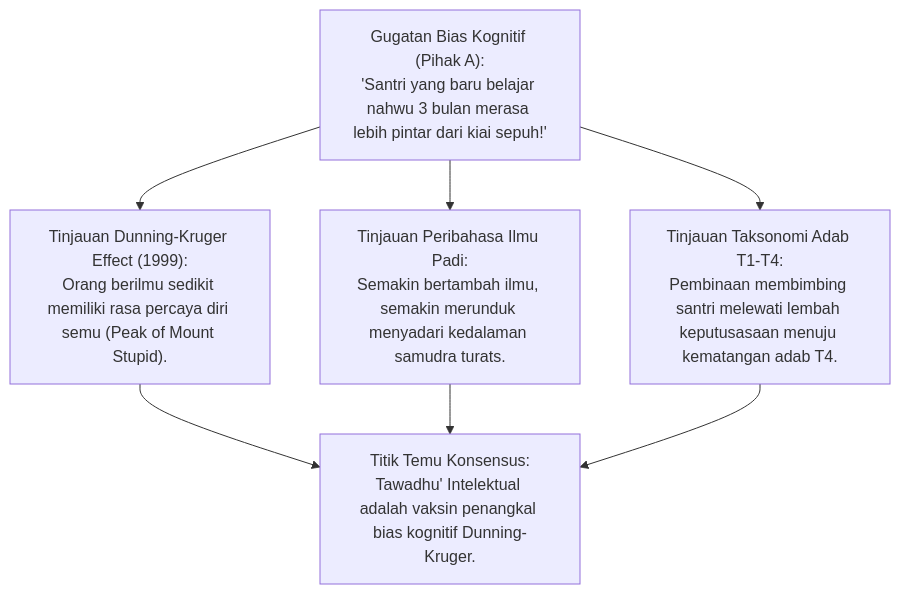
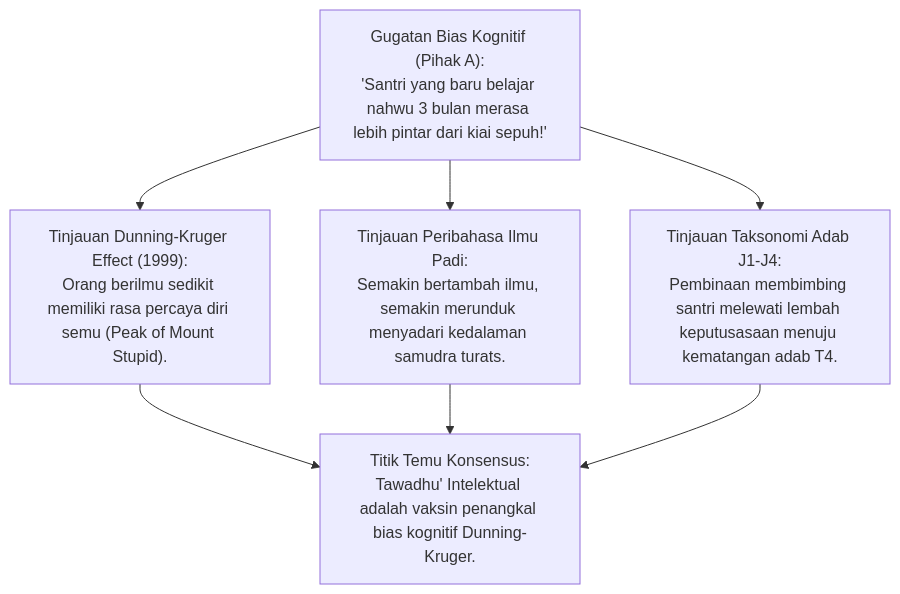
The fifth of 8 diagrams in 01 Philosophy/01 Worldview/02 Epistemologi TUMBUH/P1-01-02-05-Batas-Pengetahuan-Manusia.md (wandiapriliyandi/tumbuh), drawn with Mermaid before and after one commit. The commit also changed 209 other files, not shown here.

````diff
--- a/01 Philosophy/01 Worldview/02 Epistemologi TUMBUH/P1-01-02-05-Batas-Pengetahuan-Manusia.md
+++ b/01 Philosophy/01 Worldview/02 Epistemologi TUMBUH/P1-01-02-05-Batas-Pengetahuan-Manusia.md
@@ -220,8 +220,8 @@
 ```mermaid
 graph TD
     A["Gugatan Bias Kognitif (Pihak A):<br/>'Santri yang baru belajar nahwu 3 bulan merasa lebih pintar dari kiai sepuh!'"]
     --> B1["Tinjauan Dunning-Kruger Effect (1999):<br/>Orang berilmu sedikit memiliki rasa percaya diri semu (Peak of Mount Stupid)."]
     A --> B2["Tinjauan Peribahasa Ilmu Padi:<br/>Semakin bertambah ilmu, semakin merunduk menyadari kedalaman samudra turats."]
-    A --> B3["Tinjauan Taksonomi Adab T1-T4:<br/>Pembinaan membimbing santri melewati lembah keputusasaan menuju kematangan adab T4."]
+    A --> B3["Tinjauan Taksonomi Adab J1-J4:<br/>Pembinaan membimbing santri melewati lembah keputusasaan menuju kematangan adab T4."]
     B1 & B2 & B3 --> C["Titik Temu Konsensus:<br/>Tawadhu' Intelektual adalah vaksin penangkal bias kognitif Dunning-Kruger."]
 ```
````
